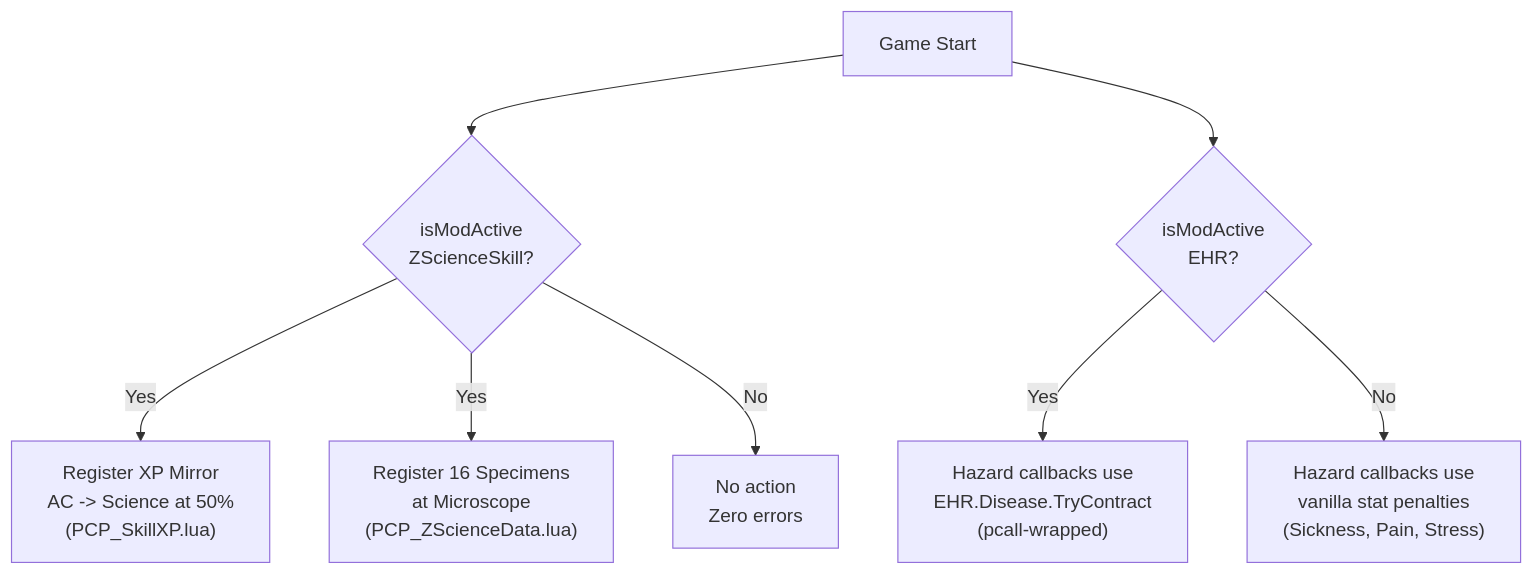
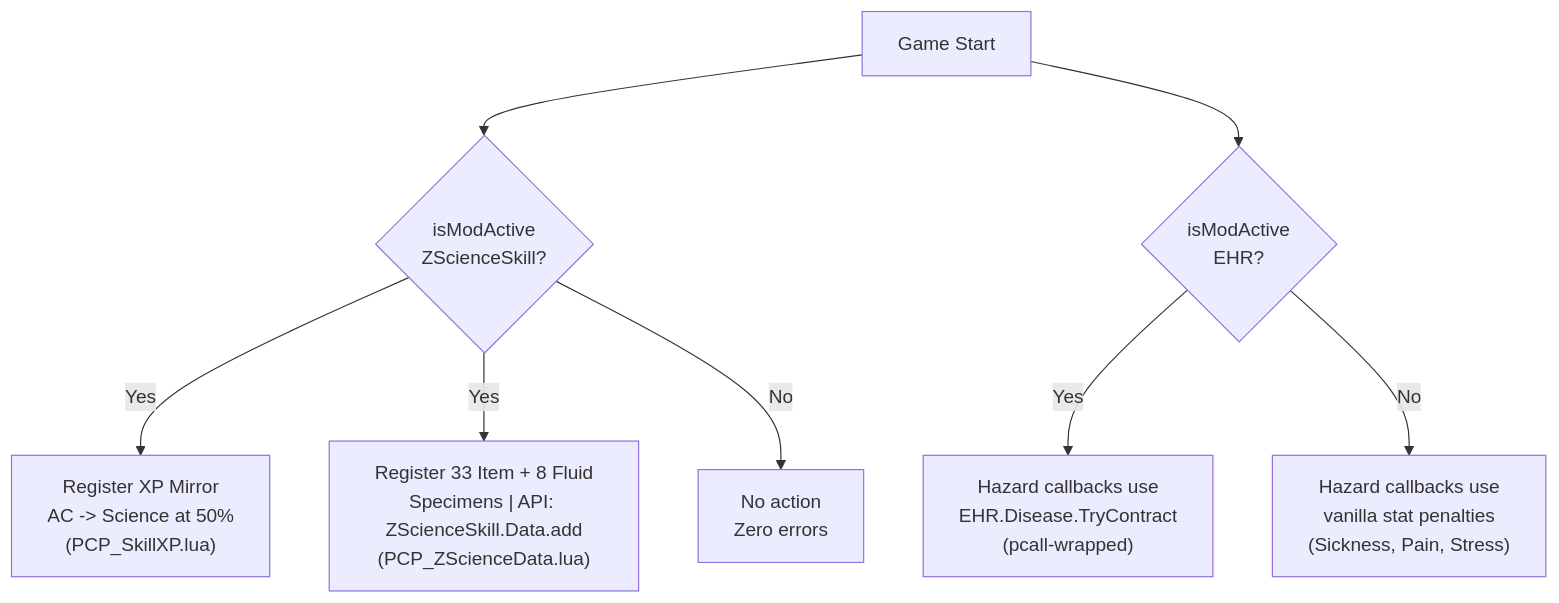
One commit to phobos-dthorga/mod-pz-chemistry-pathways changed the diagram in docs/mermaid-src/crossmod-integration.mmd. Above: the diagram before and after it, drawn with Mermaid. The commit also changed 6 other files, not shown here.

First line of the commit message:
docs: Update Mermaid source files for v0.11.0

```diff
--- a/docs/mermaid-src/crossmod-integration.mmd
+++ b/docs/mermaid-src/crossmod-integration.mmd
@@ -1,10 +1,10 @@
 graph TB
     START["Game Start"] --> CHECK_ZSS{"isModActive<br/>ZScienceSkill?"}
     START --> CHECK_EHR{"isModActive<br/>EHR?"}
 
     CHECK_ZSS -->|"Yes"| ZSS_INIT["Register XP Mirror<br/>AC -> Science at 50%<br/>(PCP_SkillXP.lua)"]
-    CHECK_ZSS -->|"Yes"| ZSS_DATA["Register 16 Specimens<br/>at Microscope<br/>(PCP_ZScienceData.lua)"]
+    CHECK_ZSS -->|"Yes"| ZSS_DATA["Register 33 Item + 8 Fluid<br/>Specimens | API: ZScienceSkill.Data.add<br/>(PCP_ZScienceData.lua)"]
     CHECK_ZSS -->|"No"| ZSS_SKIP["No action<br/>Zero errors"]
 
     CHECK_EHR -->|"Yes"| EHR_INIT["Hazard callbacks use<br/>EHR.Disease.TryContract<br/>(pcall-wrapped)"]
     CHECK_EHR -->|"No"| EHR_SKIP["Hazard callbacks use<br/>vanilla stat penalties<br/>(Sickness, Pain, Stress)"]
```
